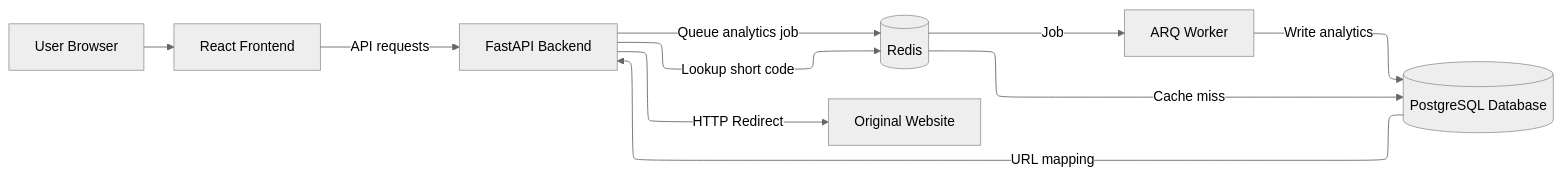
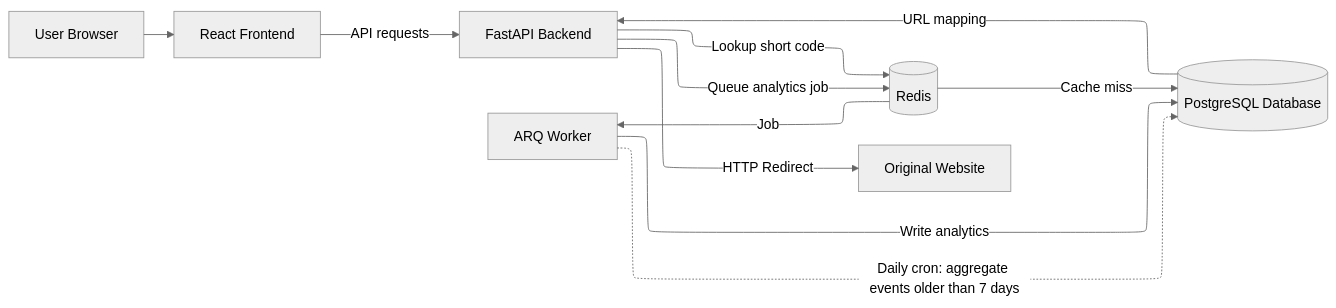
The first of 3 diagrams in README.md (mayuripaliwal/url-shortener), drawn with Mermaid (neutral theme) before and after one commit. The commit also changed other lines of this file, not shown here.

Commit message:
docs: update README add cron job section

````diff
--- a/README.md
+++ b/README.md
@@ -76,24 +76,26 @@
 ```mermaid
 %%{init: {"flowchart": {"defaultRenderer": "elk"}}}%%
 flowchart LR
 
     User[User Browser]
     React[React Frontend]
     FastAPI[FastAPI Backend]
     Redis[(Redis)]
     PostgreSQL[(PostgreSQL Database)]
     Worker[ARQ Worker]
     External[Original Website]
 
     User --> React
     React -->|API requests| FastAPI
 
     FastAPI -->|Lookup short code| Redis
     Redis -->|Cache miss| PostgreSQL
     PostgreSQL -->|URL mapping| FastAPI
     FastAPI -->|HTTP Redirect| External
 
     FastAPI -->|Queue analytics job| Redis
     Redis -->|Job| Worker
     Worker -->|Write analytics| PostgreSQL
+
+    Worker -.->|Daily cron: aggregate events older than 7 days|PostgreSQL
 ```
````
